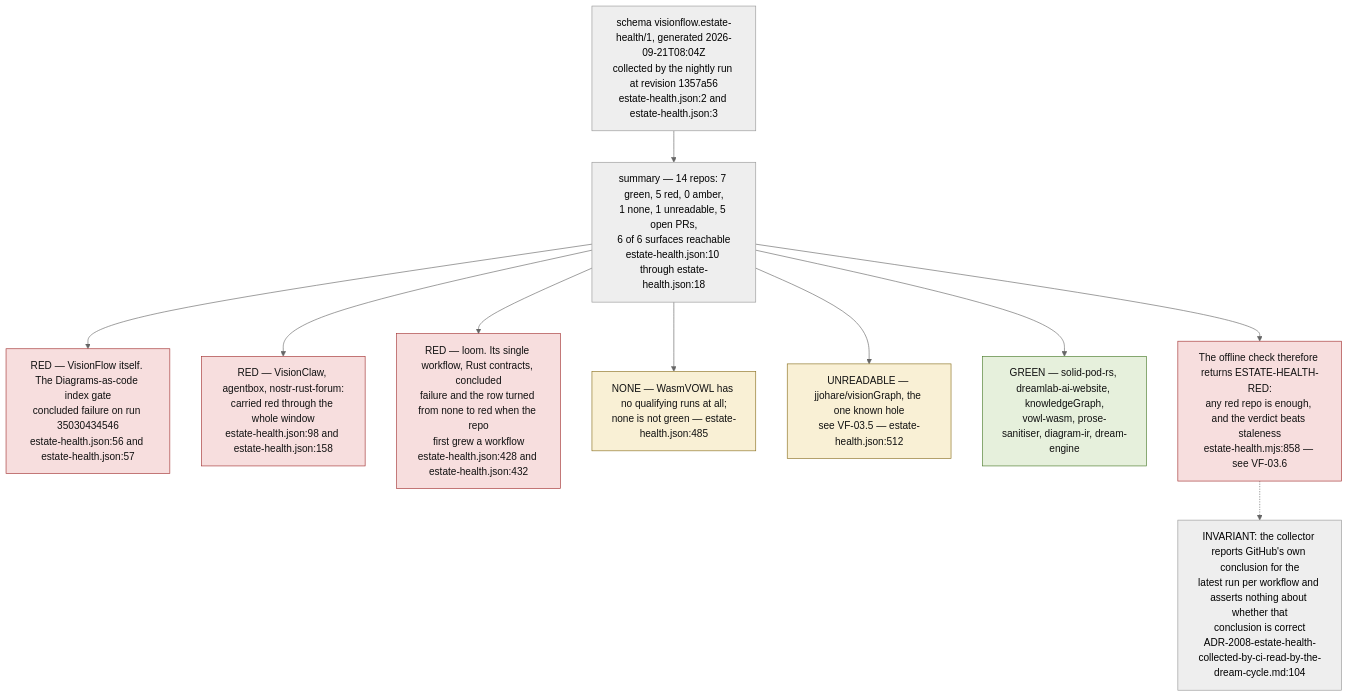
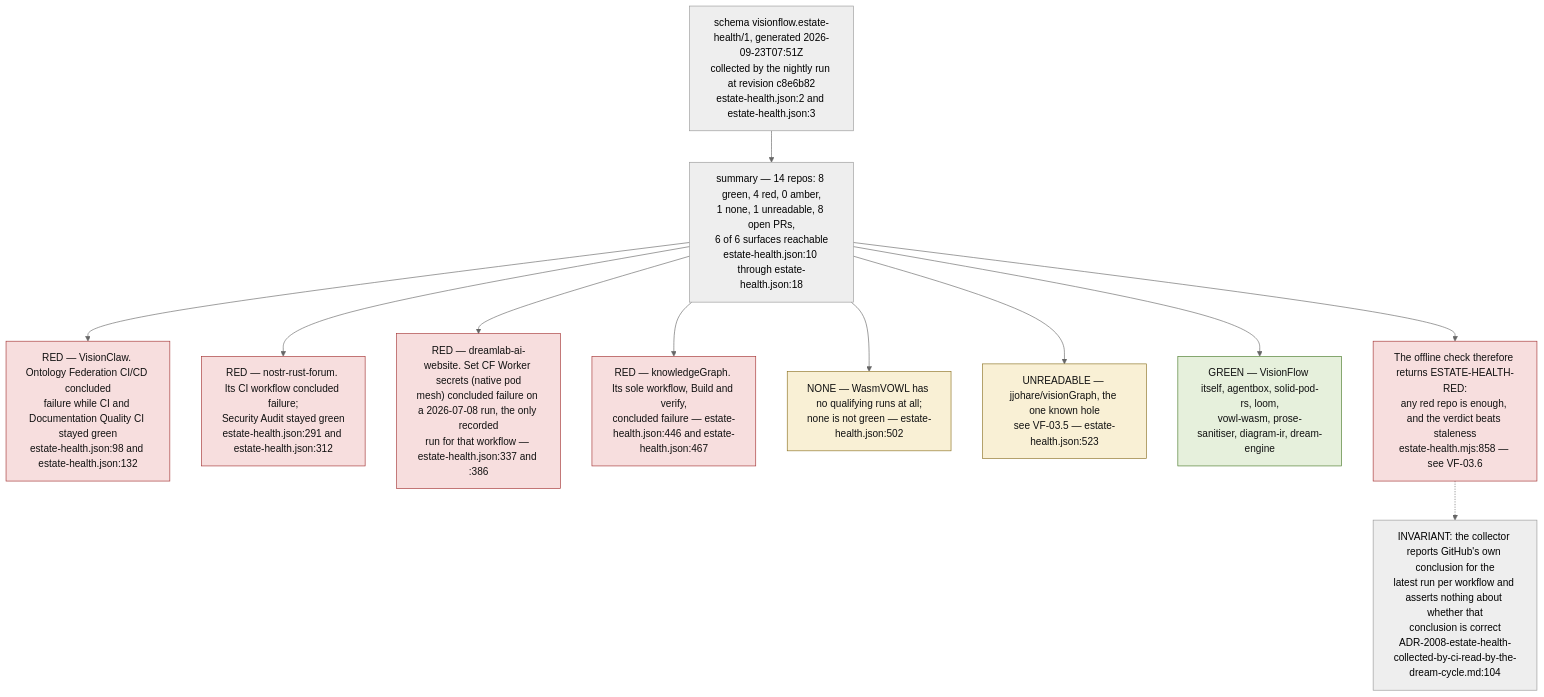
One commit to DreamLab-AI/VisionFlow changed the ninth of 9 diagrams in docs/diagrams/visionflow/03-estate-health.md. Above: the diagram before and after it, drawn with Mermaid (neutral theme). The commit also changed other lines of this file and 136 other files, not shown here.

First line of the commit message:
docs(diagrams): refresh the whole corpus to code HEAD and prune low-value diagrams

````diff
--- a/docs/diagrams/visionflow/03-estate-health.md
+++ b/docs/diagrams/visionflow/03-estate-health.md
@@ -312,23 +249,24 @@
 ```mermaid
 flowchart TB
     classDef red fill:#f7dede,stroke:#a33333,color:#111
     classDef green fill:#e6f0dc,stroke:#4a7a2a,color:#111
     classDef amb fill:#f9f0d5,stroke:#8a7020,color:#111
 
-    HEAD["schema visionflow.estate-health/1, generated 2026-09-21T08:04Z<br/>collected by the nightly run at revision 1357a56<br/>estate-health.json:2 and estate-health.json:3"]
+    HEAD["schema visionflow.estate-health/1, generated 2026-09-23T07:51Z<br/>collected by the nightly run at revision c8e6b82<br/>estate-health.json:2 and estate-health.json:3"]
 
-    HEAD --> SUM["summary — 14 repos: 7 green, 5 red, 0 amber,<br/>1 none, 1 unreadable, 5 open PRs,<br/>6 of 6 surfaces reachable<br/>estate-health.json:10 through estate-health.json:18"]
+    HEAD --> SUM["summary — 14 repos: 8 green, 4 red, 0 amber,<br/>1 none, 1 unreadable, 8 open PRs,<br/>6 of 6 surfaces reachable<br/>estate-health.json:10 through estate-health.json:18"]
 
-    SUM --> R1["RED — VisionFlow itself. The Diagrams-as-code index gate<br/>concluded failure on run 35030434546<br/>estate-health.json:56 and estate-health.json:57"]:::red
-    SUM --> R2["RED — VisionClaw, agentbox, nostr-rust-forum:<br/>carried red through the whole window<br/>estate-health.json:98 and estate-health.json:158"]:::red
-    SUM --> R3["RED — loom. Its single workflow, Rust contracts, concluded<br/>failure and the row turned from none to red when the repo<br/>first grew a workflow<br/>estate-health.json:428 and estate-health.json:432"]:::red
-    SUM --> N1["NONE — WasmVOWL has no qualifying runs at all;<br/>none is not green — estate-health.json:485"]:::amb
-    SUM --> U1["UNREADABLE — jjohare/visionGraph, the one known hole<br/>see VF-03.5 — estate-health.json:512"]:::amb
-    SUM --> G1["GREEN — solid-pod-rs, dreamlab-ai-website, knowledgeGraph,<br/>vowl-wasm, prose-sanitiser, diagram-ir, dream-engine"]:::green
+    SUM --> R1["RED — VisionClaw. Ontology Federation CI/CD concluded<br/>failure while CI and Documentation Quality CI stayed green<br/>estate-health.json:98 and estate-health.json:132"]:::red
+    SUM --> R2["RED — nostr-rust-forum. Its CI workflow concluded failure;<br/>Security Audit stayed green<br/>estate-health.json:291 and estate-health.json:312"]:::red
+    SUM --> R3["RED — dreamlab-ai-website. Set CF Worker secrets (native pod<br/>mesh) concluded failure on a 2026-07-08 run, the only recorded<br/>run for that workflow — estate-health.json:337 and :386"]:::red
+    SUM --> R4["RED — knowledgeGraph. Its sole workflow, Build and verify,<br/>concluded failure — estate-health.json:446 and estate-health.json:467"]:::red
+    SUM --> N1["NONE — WasmVOWL has no qualifying runs at all;<br/>none is not green — estate-health.json:502"]:::amb
+    SUM --> U1["UNREADABLE — jjohare/visionGraph, the one known hole<br/>see VF-03.5 — estate-health.json:523"]:::amb
+    SUM --> G1["GREEN — VisionFlow itself, agentbox, solid-pod-rs, loom,<br/>vowl-wasm, prose-sanitiser, diagram-ir, dream-engine"]:::green
 
     VERD["The offline check therefore returns ESTATE-HEALTH-RED:<br/>any red repo is enough, and the verdict beats staleness<br/>estate-health.mjs:858 — see VF-03.6"]:::red
     SUM --> VERD
 
     INV["INVARIANT: the collector reports GitHub's own conclusion for the<br/>latest run per workflow and asserts nothing about whether that<br/>conclusion is correct<br/>ADR-2008-estate-health-collected-by-ci-read-by-the-dream-cycle.md:104"]
     VERD -.-> INV
 ```
````
